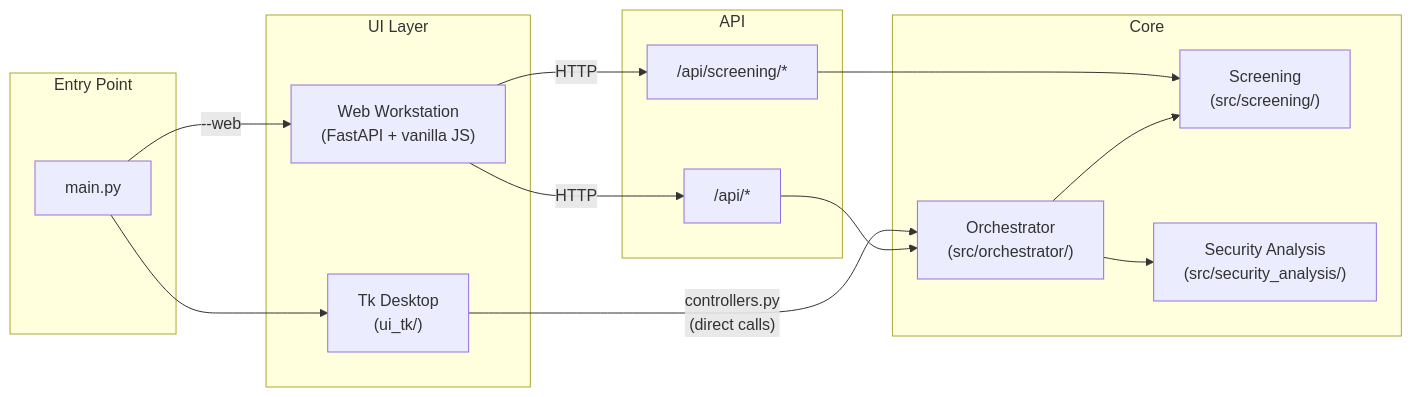
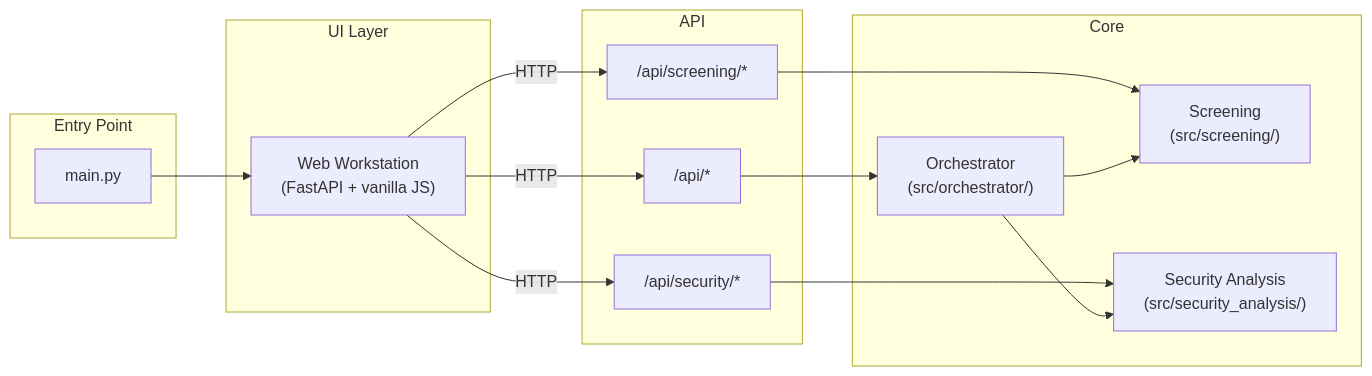
One commit to TiagoDeMatosDias/EDINET changed the diagram in docs/Application Details.md. Above: the diagram before and after it, drawn with Mermaid. The commit also changed other lines of this file and 35 other files, not shown here.

````diff
--- a/docs/Application Details.md
+++ b/docs/Application Details.md
@@ -48,32 +46,32 @@
 ```mermaid
 flowchart LR
     subgraph Entry["Entry Point"]
         MAIN["main.py"]
     end
 
     subgraph UI["UI Layer"]
-        TK["Tk Desktop<br/>(ui_tk/)"]
         WEB["Web Workstation<br/>(FastAPI + vanilla JS)"]
     end
 
     subgraph API["API"]
         RTR["/api/*"]
         SCR_API["/api/screening/*"]
+        SEC_API["/api/security/*"]
     end
 
     subgraph Core["Core"]
         ORCH["Orchestrator<br/>(src/orchestrator/)"]
         SCR["Screening<br/>(src/screening/)"]
         SA["Security Analysis<br/>(src/security_analysis/)"]
     end
 
-    MAIN --> TK
-    MAIN -->|"--web"| WEB
-    TK -->|"controllers.py<br/>(direct calls)"| ORCH
+    MAIN --> WEB
     WEB -->|"HTTP"| RTR
     WEB -->|"HTTP"| SCR_API
+    WEB -->|"HTTP"| SEC_API
     RTR --> ORCH
     SCR_API --> SCR
+    SEC_API --> SA
     ORCH --> SCR
     ORCH --> SA
 ```
````
